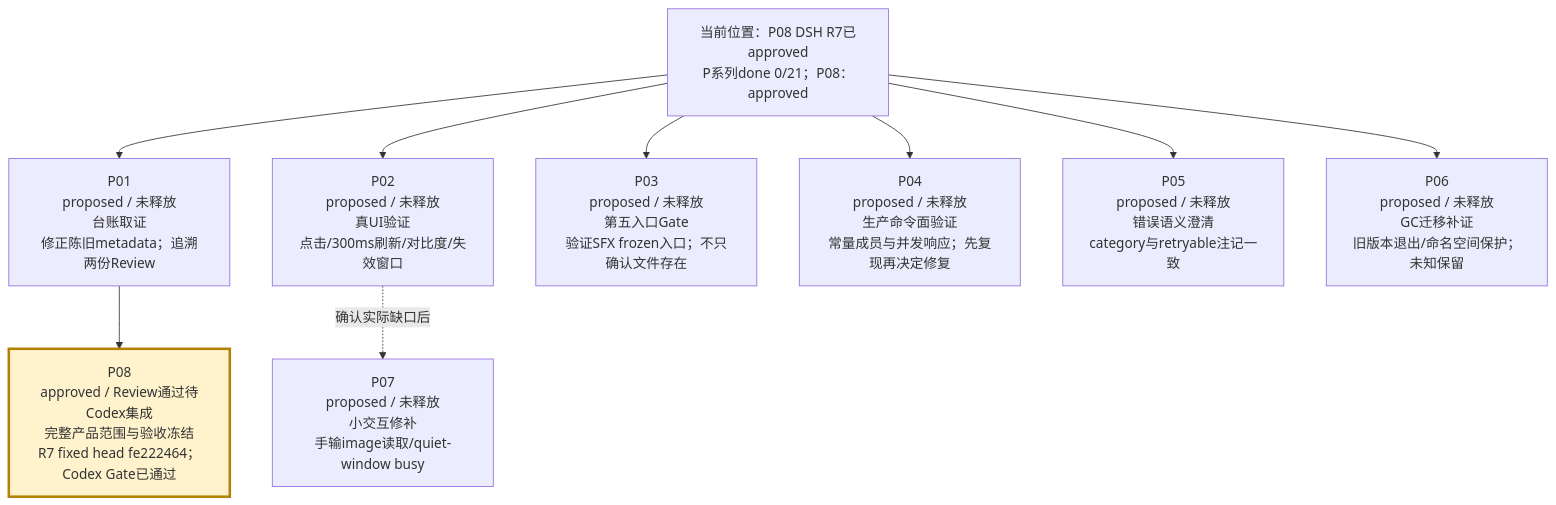
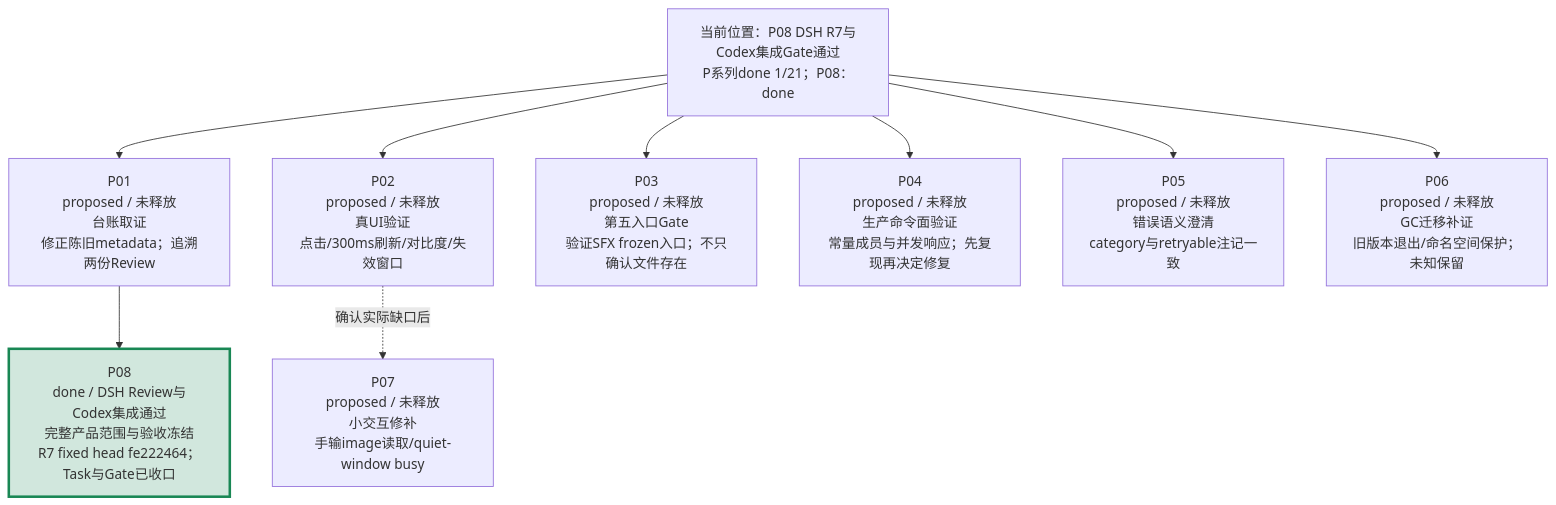
One commit to peakwheat-pixel/New-Manga changed the second of 4 diagrams in verification/PROJECT-ROADMAP-20261008/ROADMAP.md. Above: the diagram before and after it, drawn with Mermaid. The commit also changed other lines of this file and 11 other files, not shown here.

````diff
--- a/verification/PROJECT-ROADMAP-20261008/ROADMAP.md
+++ b/verification/PROJECT-ROADMAP-20261008/ROADMAP.md
@@ -30,12 +30,12 @@
 ```mermaid
 flowchart TB
-  BASE["当前位置：P08 DSH R7已approved<br/>P系列done 0/21；P08：approved"] --> P01["P01<br/>proposed / 未释放<br/>台账取证<br/>修正陈旧metadata；追溯两份Review"]
+  BASE["当前位置：P08 DSH R7与Codex集成Gate通过<br/>P系列done 1/21；P08：done"] --> P01["P01<br/>proposed / 未释放<br/>台账取证<br/>修正陈旧metadata；追溯两份Review"]
   BASE --> P02["P02<br/>proposed / 未释放<br/>真UI验证<br/>点击/300ms刷新/对比度/失效窗口"]
   BASE --> P03["P03<br/>proposed / 未释放<br/>第五入口Gate<br/>验证SFX frozen入口；不只确认文件存在"]
   BASE --> P04["P04<br/>proposed / 未释放<br/>生产命令面验证<br/>常量成员与并发响应；先复现再决定修复"]
   BASE --> P05["P05<br/>proposed / 未释放<br/>错误语义澄清<br/>category与retryable注记一致"]
   BASE --> P06["P06<br/>proposed / 未释放<br/>GC迁移补证<br/>旧版本退出/命名空间保护；未知保留"]
   P02 -. "确认实际缺口后" .-> P07["P07<br/>proposed / 未释放<br/>小交互修补<br/>手输image读取/quiet-window busy"]
-  P01 --> P08["P08<br/>approved / Review通过待Codex集成<br/>完整产品范围与验收冻结<br/>R7 fixed head fe222464；Codex Gate已通过"]
-  style P08 fill:#fff3cd,stroke:#b58105,stroke-width:3px
+  P01 --> P08["P08<br/>done / DSH Review与Codex集成通过<br/>完整产品范围与验收冻结<br/>R7 fixed head fe222464；Task与Gate已收口"]
+  style P08 fill:#d1e7dd,stroke:#198754,stroke-width:3px
 ```
````
